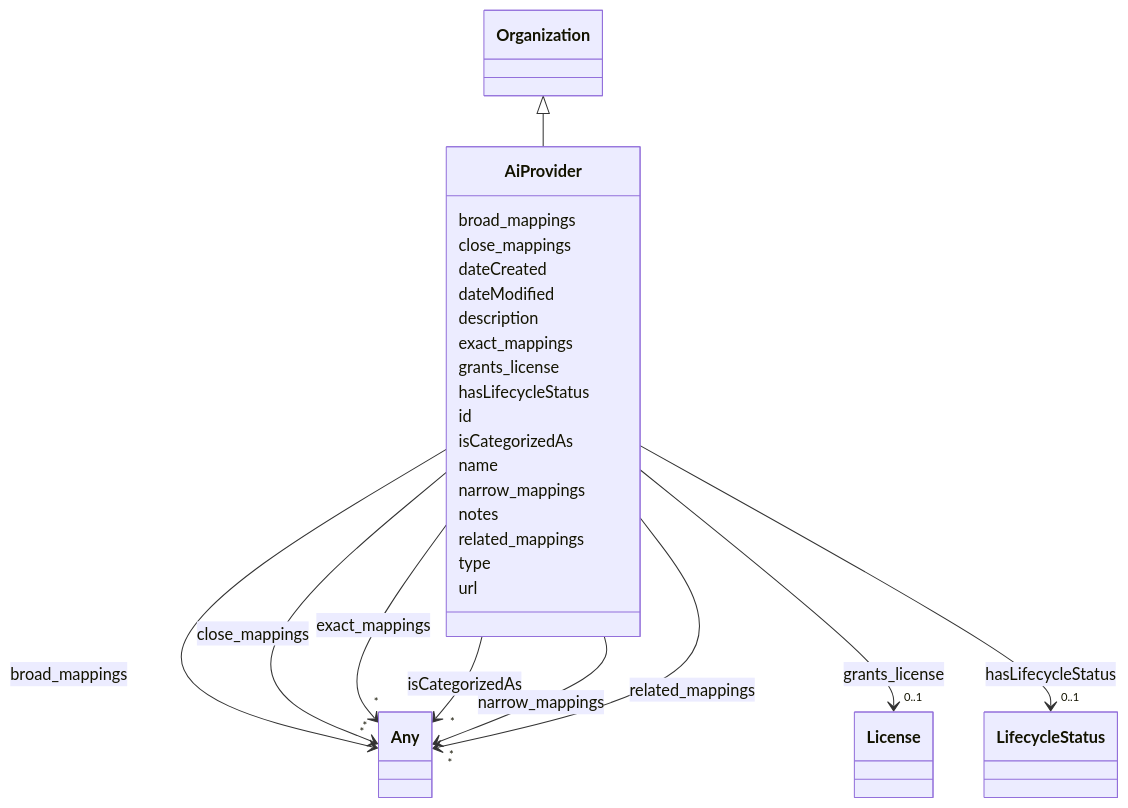
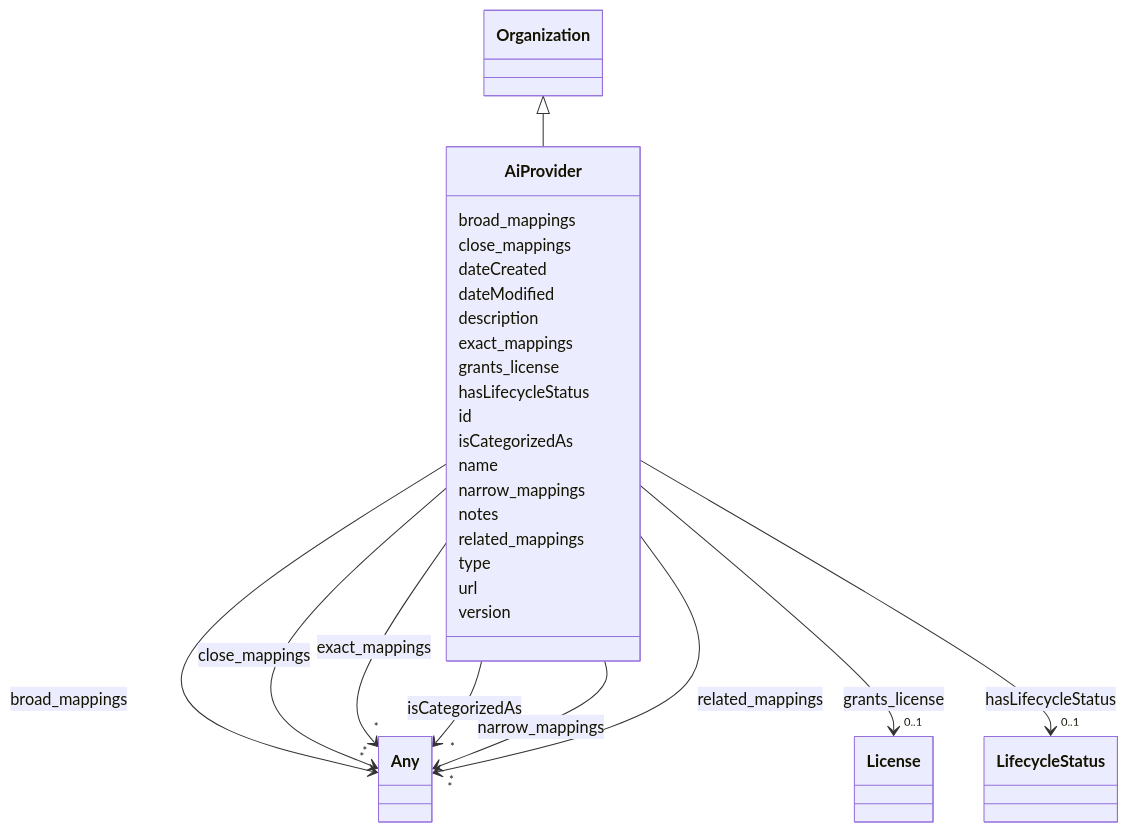
One commit to IBM/ai-atlas-nexus changed the diagram in docs/ontology/AiProvider.md. Above: the diagram before and after it, drawn with Mermaid. The commit also changed other lines of this file and 101 other files, not shown here.

````diff
--- a/docs/ontology/AiProvider.md
+++ b/docs/ontology/AiProvider.md
@@ -122,5 +122,7 @@
 
       AiProvider : url
 
+      AiProvider : version
+
 
 ```
````
